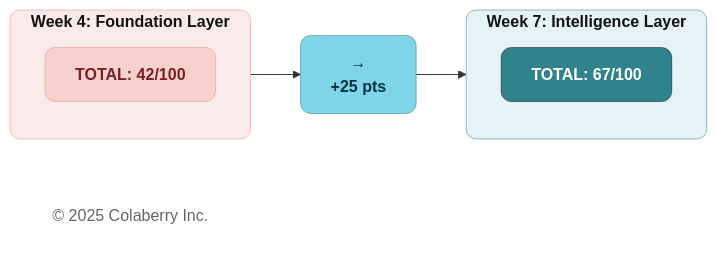
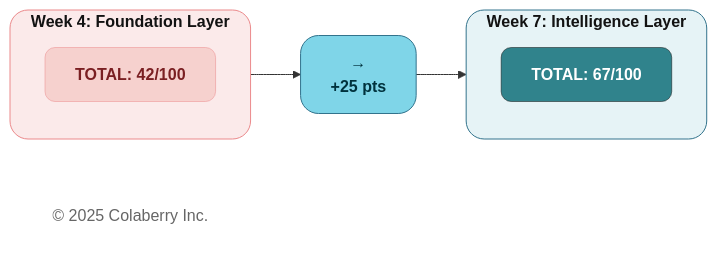
One commit to saitejesh-cyber/trust-before-intelligence-book changed diagram 12 of 13 in manuscript/06_chapter_5_intelligence_layers.md. Above: the diagram before and after it, drawn with Mermaid. The commit also changed other lines of this file and 12 other files, not shown here.

````diff
--- a/manuscript/06_chapter_5_intelligence_layers.md
+++ b/manuscript/06_chapter_5_intelligence_layers.md
@@ -1190,26 +1190,26 @@
 ```mermaid
 graph LR
     subgraph W4_SUB["<b>Week 4: Foundation Layer</b>"]
         direction TB
         W4_TOTAL["<b>TOTAL: 42/100</b>"]
     end
     
     ARROW["<b>→</b><br/><b>+25 pts</b>"]
     
     subgraph W7_SUB["<b>Week 7: Intelligence Layer</b>"]
         direction TB
         W7_TOTAL["<b>TOTAL: 67/100</b>"]
     end
     
     Copyright["© 2025 Colaberry Inc."]
     
     W4_TOTAL --> ARROW
     ARROW --> W7_TOTAL
     
-    style W4_SUB fill:#FBEAEA,stroke:#EB898B,stroke-width:0.5px,color:#121212,rx:10,ry:10
+    style W4_SUB fill:#FBEAEA,stroke:#EB898B,stroke-width:1px,color:#121212,rx:18,ry:18
     style W4_TOTAL fill:#F6D1CE,stroke:#EB898B,stroke-width:0.5px,color:#7A1F22,rx:10,ry:10
-    style ARROW fill:#7FD5E8,stroke:#32738C,stroke-width:0.5px,color:#00323D,rx:10,ry:10
-    style W7_SUB fill:#E6F3F6,stroke:#32738C,stroke-width:0.5px,color:#121212,rx:10,ry:10
+    style ARROW fill:#7FD5E8,stroke:#32738C,stroke-width:1px,color:#00323D,rx:18,ry:18
+    style W7_SUB fill:#E6F3F6,stroke:#32738C,stroke-width:1px,color:#121212,rx:18,ry:18
     style W7_TOTAL fill:#30838C,stroke:#0D0D0D,stroke-width:0.5px,color:#ffffff,rx:10,ry:10
     style Copyright fill:none,stroke:none,color:#666666
 ```
````
